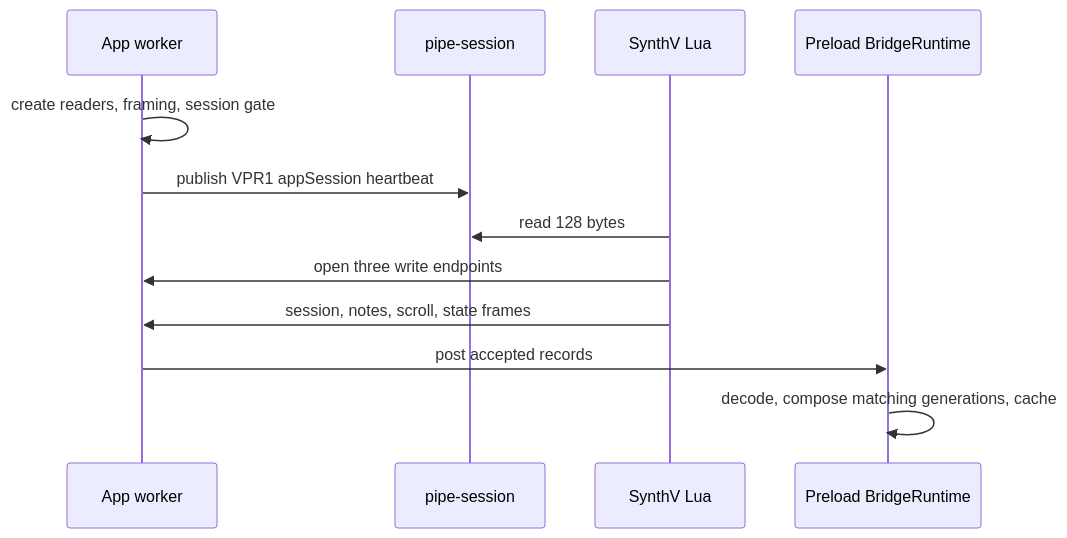
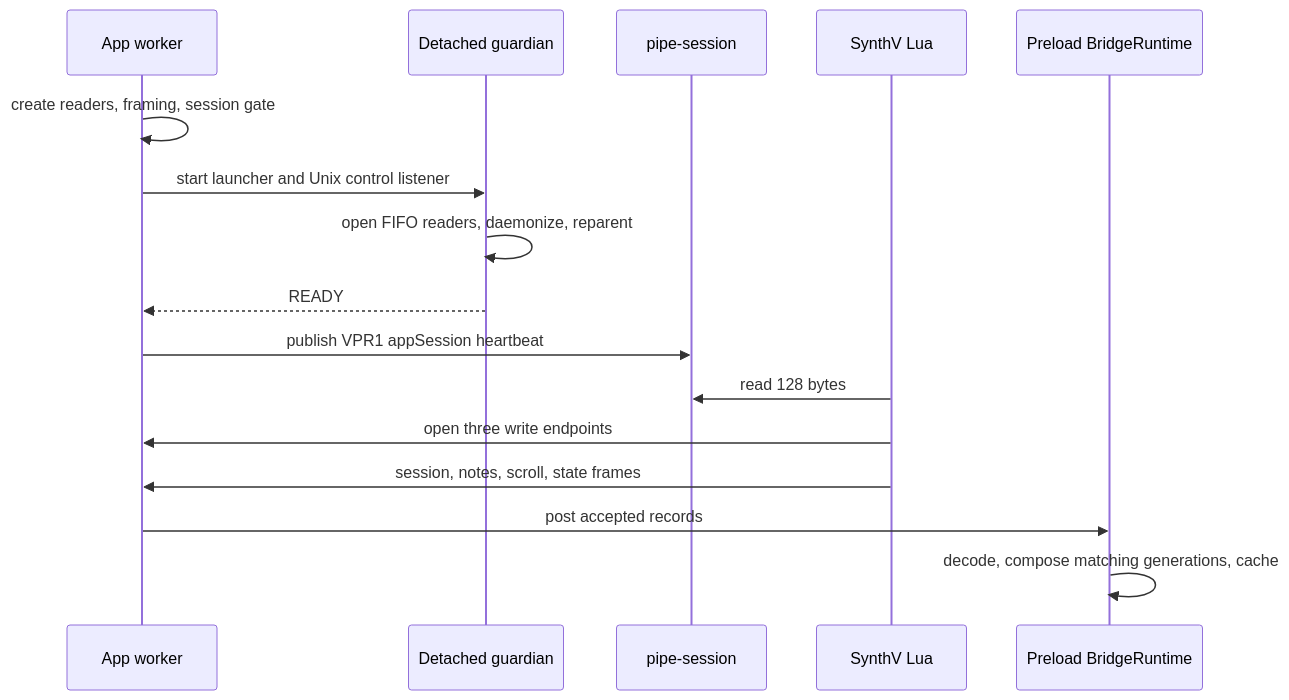
Before and after one commit to 0x1f320/karaoke-v: the diagram in docs/bridge.ko.md, drawn with Mermaid. The commit also changed other lines of this file and 22 other files, not shown here.

Commit message:
fix(bridge): isolate fifo guardian from process-tree signals

````diff
--- a/docs/bridge.ko.md
+++ b/docs/bridge.ko.md
@@ -17,14 +17,18 @@
 ```mermaid
 sequenceDiagram
     participant W as App worker
+    participant G as Detached guardian
     participant R as pipe-session
     participant L as SynthV Lua
     participant P as Preload BridgeRuntime
     W->>W: create readers, framing, session gate
+    W->>G: start launcher and Unix control listener
+    G->>G: open FIFO readers, daemonize, reparent
+    G-->>W: READY
     W->>R: publish VPR1 appSession heartbeat
     L->>R: read 128 bytes
     L->>W: open three write endpoints
     L->>W: session, notes, scroll, state frames
     W->>P: post accepted records
     P->>P: decode, compose matching generations, cache
 ```
````
